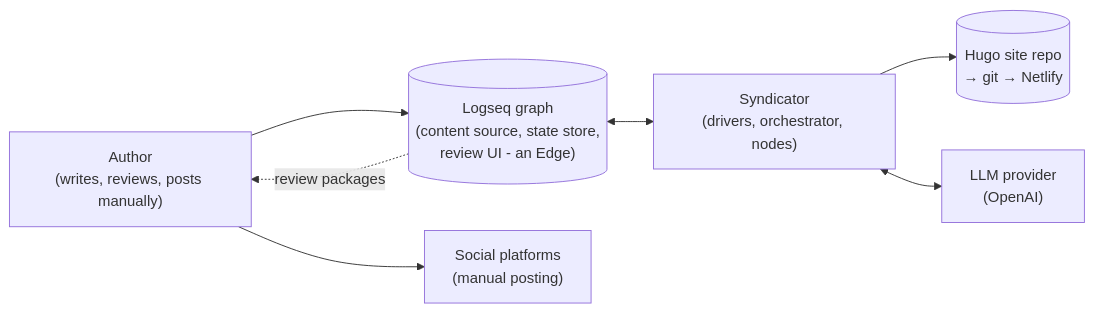
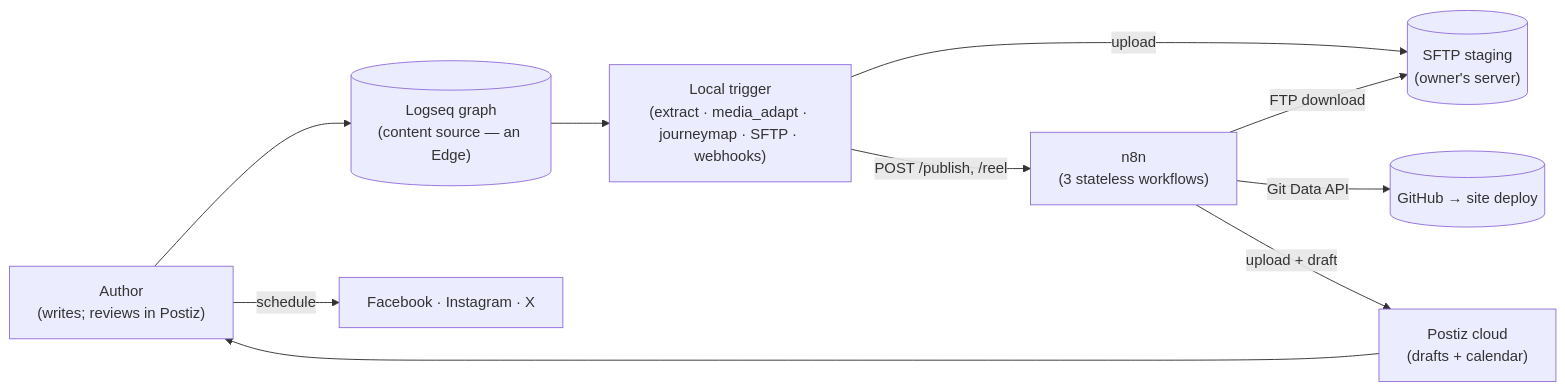
One commit to bbaumgartner/syndicator changed the first of 2 diagrams in docs/architecture.md. Above: the diagram before and after it, drawn with Mermaid. The commit also changed other lines of this file and 49 other files, not shown here.

````diff
--- a/docs/architecture.md
+++ b/docs/architecture.md
@@ -76,16 +84,21 @@
 ```mermaid
 flowchart LR
-    Author["Author\n(writes, reviews, posts manually)"]
-    Graph[("Logseq graph\n(content source, state store,\nreview UI - an Edge)")]
-    SYN["Syndicator\n(drivers, orchestrator, nodes)"]
-    Site[("Hugo site repo\n→ git → Netlify")]
-    LLM["LLM provider\n(OpenAI)"]
-    Social["Social platforms\n(manual posting)"]
+    Author["Author\n(writes; reviews in Postiz)"]
+    Graph[("Logseq graph\n(content source — an Edge)")]
+    SYN["Local trigger\n(extract · media_adapt · journeymap · SFTP · webhooks)"]
+    S[("SFTP staging\n(owner's server)")]
+    N8N["n8n\n(3 stateless workflows)"]
+    GH[("GitHub → site deploy")]
+    PZ["Postiz cloud\n(drafts + calendar)"]
+    Platforms["Facebook · Instagram · X"]
 
     Author --> Graph
-    Graph <--> SYN
-    SYN --> Site
-    SYN <--> LLM
-    Author --> Social
-    Graph -. "review packages" .-> Author
+    Graph --> SYN
+    SYN -->|upload| S
+    SYN -->|POST /publish, /reel| N8N
+    N8N -->|FTP download| S
+    N8N -->|Git Data API| GH
+    N8N -->|upload + draft| PZ
+    PZ --> Author
+    Author -->|schedule| Platforms
 ```
````
